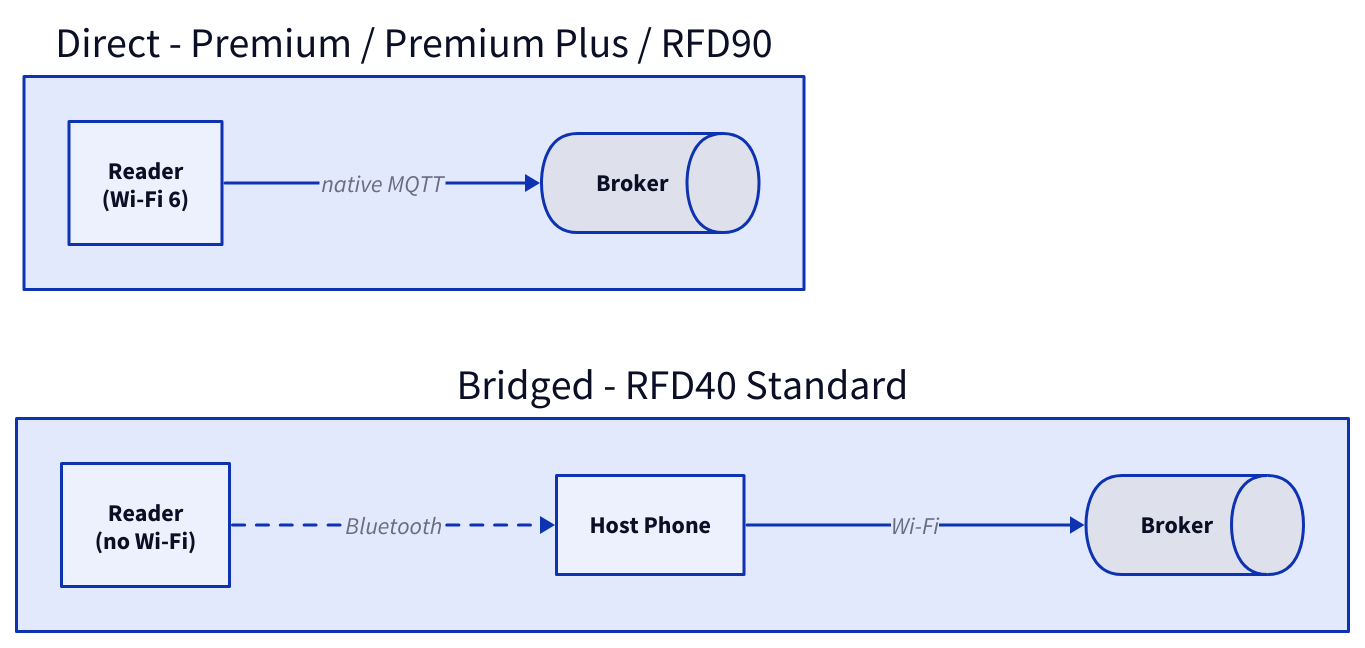
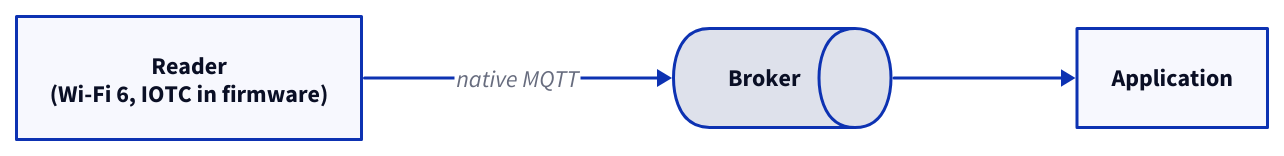
One commit to admiral-ai/zebra-handheld-rfid-iotc changed the diagram in docs/foundations/hardware-tiers.md. Above: the diagram before and after it, drawn with D2. The commit also changed other lines of this file and 72 other files, not shown here.

First line of the commit message:
Remove RFD40 Standard, the host/Bridged model, and SOTI-only commands

````diff
--- a/docs/foundations/hardware-tiers.md
+++ b/docs/foundations/hardware-tiers.md
@@ -25,18 +12,8 @@
 ```d2
 direction: right
-DIR: "Direct - Premium / Premium Plus / RFD90" {
-  direction: right
-  D_R: "Reader\n(Wi-Fi 6)"
-  D_B: Broker { shape: queue }
-  D_R -> D_B: native MQTT
-}
-BRG: "Bridged - RFD40 Standard" {
-  direction: right
-  B_R: "Reader\n(no Wi-Fi)"
-  B_H: Host Phone
-  B_B: Broker { shape: queue }
-  B_R -> B_H: Bluetooth { style.stroke-dash: 4 }
-  B_H -> B_B: Wi-Fi
-}
-
+R: "Reader\n(Wi-Fi 6, IOTC in firmware)"
+B: Broker { shape: queue }
+A: Application
+R -> B: native MQTT
+B -> A
 ```
````
